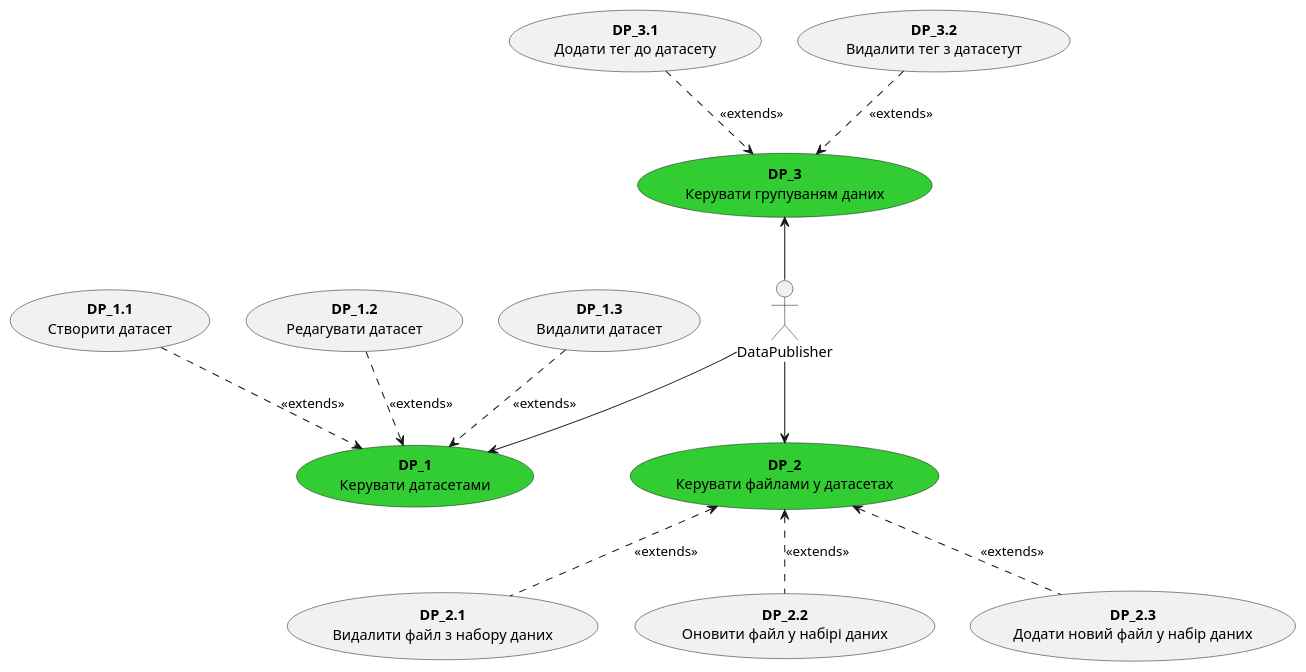
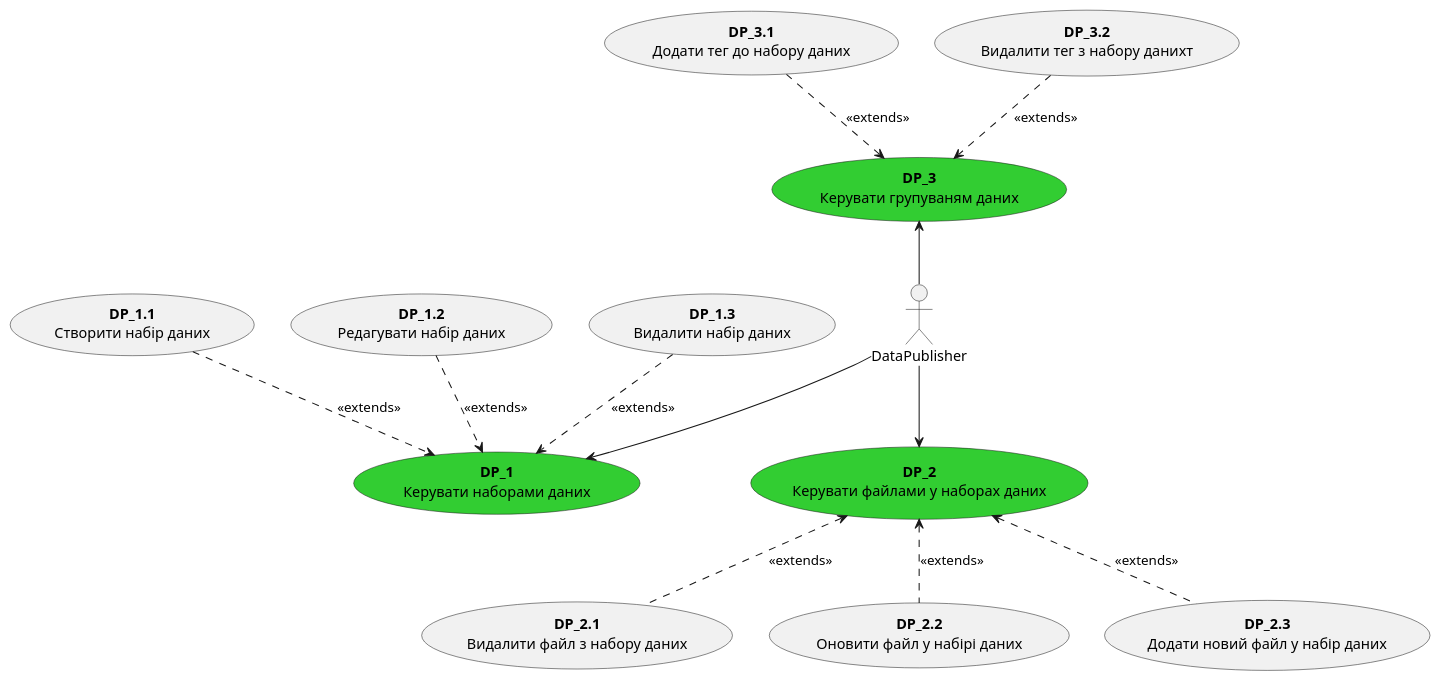
Before and after one commit to boldak/edu-db-cw: the third of 13 diagrams in docs/use cases/README.md, drawn with PlantUML. The commit also changed other lines of this file, not shown here.

```diff
--- a/docs/use cases/README.md
+++ b/docs/use cases/README.md
@@ -106,43 +104,43 @@
 @startuml
 
   actor DataPublisher
   
-  usecase Dmanage1 as "<b>DP_1</b>\nКерувати датасетами" #32CD32
-  usecase Dmanage1_1 as "<b>DP_1.1</b>\nСтворити датасет"
-  usecase Dmanage1_2 as "<b>DP_1.2</b>\nРедагувати датасет"
-  usecase Dmanage1_3 as "<b>DP_1.3</b>\nВидалити датасет"
+  usecase Dmanage1 as "<b>DP_1</b>\nКерувати наборами даних" #32CD32
+  usecase Dmanage1_1 as "<b>DP_1.1</b>\nСтворити набiр даних"
+  usecase Dmanage1_2 as "<b>DP_1.2</b>\nРедагувати набiр даних"
+  usecase Dmanage1_3 as "<b>DP_1.3</b>\nВидалити набiр даних"
 
 
 
-  usecase Dmanage2 as "<b>DP_2</b>\nКерувати файлами у датасетах" #32CD32
+  usecase Dmanage2 as "<b>DP_2</b>\nКерувати файлами у наборах даних" #32CD32
   usecase Dmanage2_1 as "<b>DP_2.1</b>\nВидалити файл з набору даних"
   usecase Dmanage2_2 as "<b>DP_2.2</b>\nОновити файл у набірі даних"
   usecase Dmanage2_3 as "<b>DP_2.3</b>\nДодати новий файл у набір даних"
 
 
   usecase Dmanage3 as "<b>DP_3</b>\nКерувати групуваням даних" #32CD32
-  usecase Dmanage3_1 as "<b>DP_3.1</b>\nДодати тег до датасету"
-  usecase Dmanage3_2 as "<b>DP_3.2</b>\nВидалити тег з датасетут"
+  usecase Dmanage3_1 as "<b>DP_3.1</b>\nДодати тег до набору даних"
+  usecase Dmanage3_2 as "<b>DP_3.2</b>\nВидалити тег з набору данихт"
  
   
 
   DataPublisher -u-> Dmanage3
   DataPublisher -d-> Dmanage2
   DataPublisher -d-> Dmanage1
 
   Dmanage2_1 .u.> Dmanage2: <<extends>>
   Dmanage2_2 .u.> Dmanage2: <<extends>>
   Dmanage2_3 .u.> Dmanage2: <<extends>>
 
   Dmanage3_1 .d.> Dmanage3: <<extends>>
   Dmanage3_2 .d.> Dmanage3: <<extends>>
 
 
   Dmanage1_1 .d.> Dmanage1: <<extends>>
   Dmanage1_2 .d.> Dmanage1: <<extends>>
   Dmanage1_3 .d.> Dmanage1: <<extends>>
 
           
 
   
 @enduml
```
